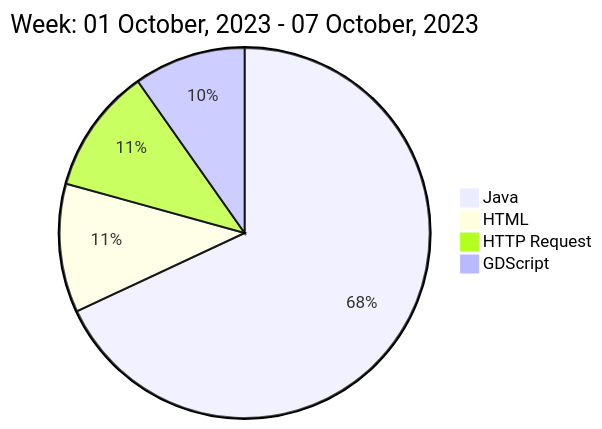
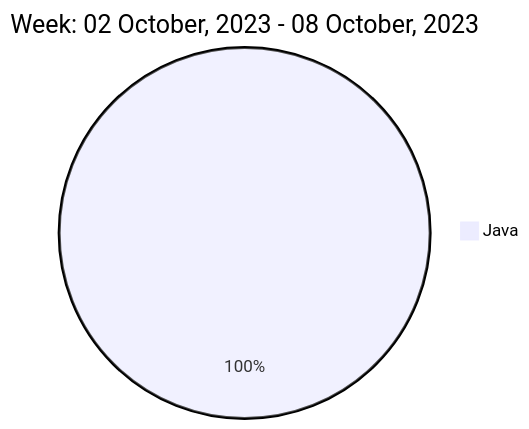
The diagram in README.md (liubin95/liubin95), drawn with Mermaid before and after one commit.

Commit message:
Updated the Graph with new Metrics

````diff
--- a/README.md
+++ b/README.md
@@ -40,8 +40,5 @@
 ```mermaid
  pie
-title Week: 01 October, 2023 - 07 October, 2023
- "Java" : 2.3
- "HTML" : 0.38
- "HTTP Request" : 0.37
- "GDScript" : 0.33
+title Week: 02 October, 2023 - 08 October, 2023
+ "Java" : 3.03
 ```
````
